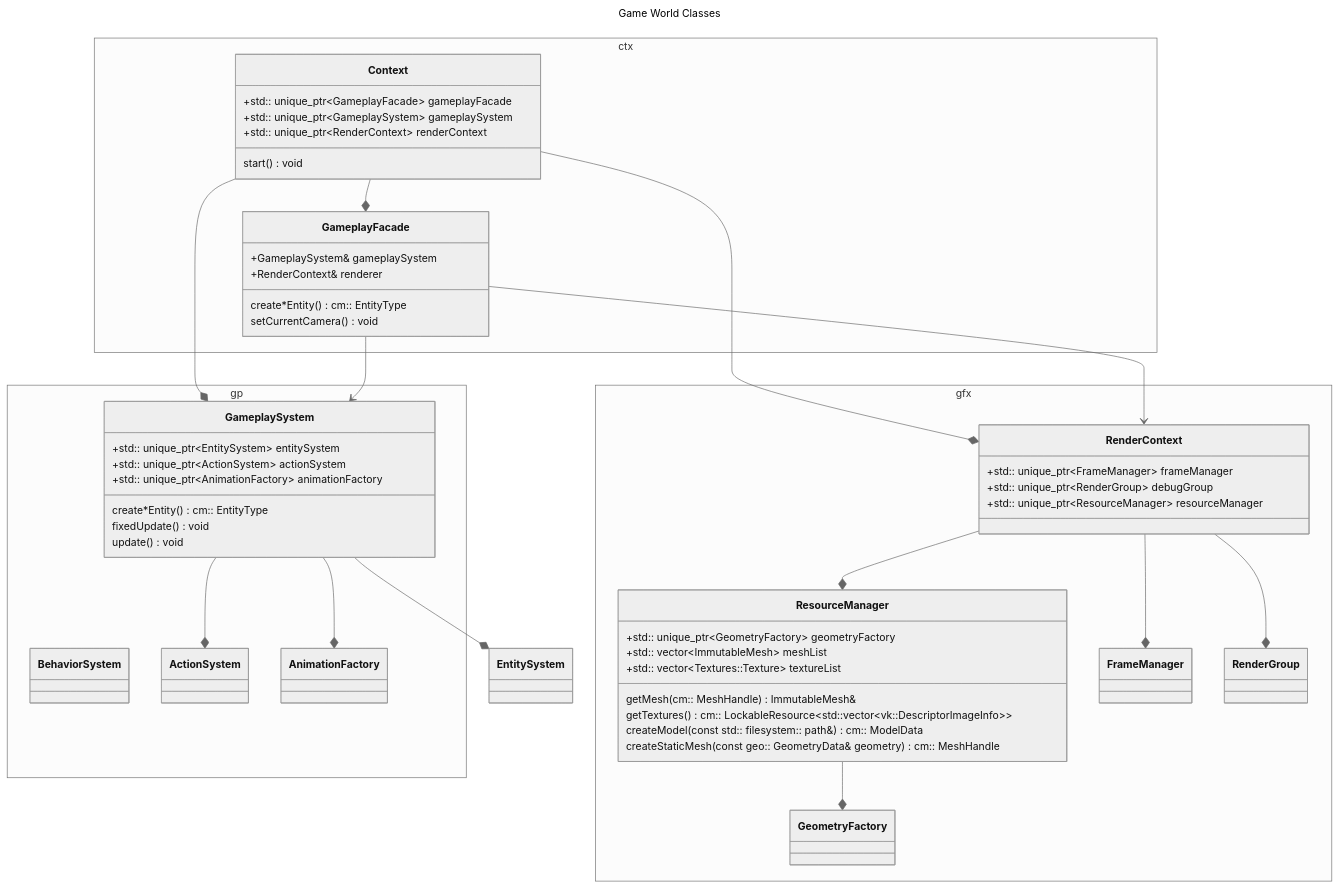
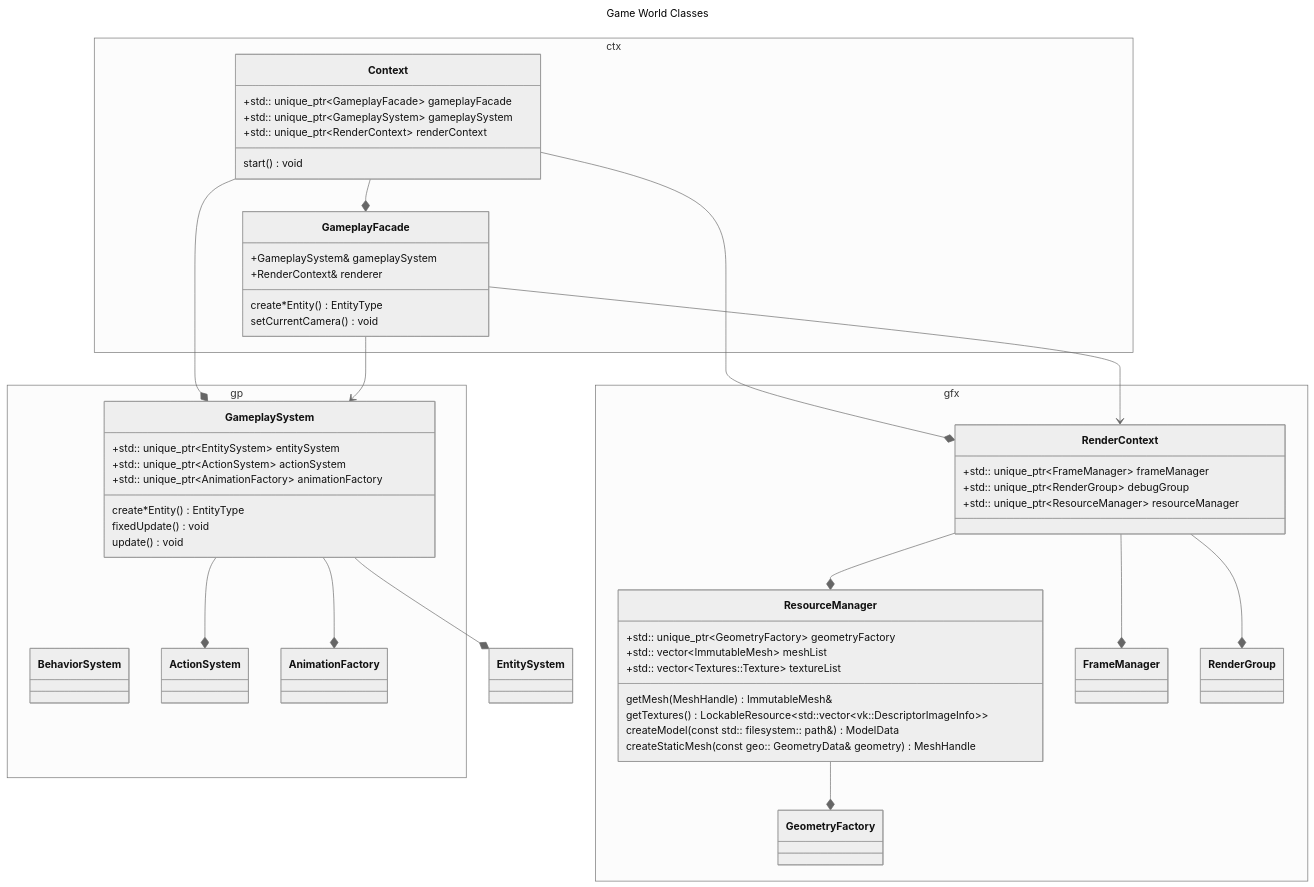
The first of 6 diagrams in design.md (matt328/triton), drawn with Mermaid (neutral theme) before and after one commit. The commit also changed 76 other files, not shown here.

````diff
--- a/design.md
+++ b/design.md
@@ -250,79 +250,79 @@
 ```mermaid
 ---
 title: Game World Classes
 ---
 classDiagram
     namespace ctx {
         class Context {
             +std:: unique_ptr~GameplayFacade~ gameplayFacade
             +std:: unique_ptr~GameplaySystem~ gameplaySystem
             +std:: unique_ptr~RenderContext~ renderContext
             start() void
         }
 
         class GameplayFacade {
             +GameplaySystem& gameplaySystem
             +RenderContext& renderer
-            create*Entity() cm:: EntityType
+            create*Entity()  EntityType
             setCurrentCamera() void
         }
     }
 
     namespace gp {
         class GameplaySystem {
             +std:: unique_ptr~EntitySystem~ entitySystem
             +std:: unique_ptr~ActionSystem~ actionSystem
             +std:: unique_ptr~AnimationFactory~ animationFactory
-            create*Entity() cm:: EntityType
+            create*Entity()  EntityType
             fixedUpdate() void
             update() void
         }
 
         class BehaviorSystem {
         }
 
         class ActionSystem {
         }
 
         class AnimationFactory {
         }
     }
     namespace gfx {
         class RenderContext {
             +std:: unique_ptr~FrameManager~ frameManager
             +std:: unique_ptr~RenderGroup~ debugGroup
             +std:: unique_ptr~ResourceManager~ resourceManager
         }
 
         class ResourceManager {
             +std:: unique_ptr~GeometryFactory~ geometryFactory
             +std:: vector~ImmutableMesh~ meshList
             +std:: vector~Textures::Texture~ textureList
-            getMesh(cm:: MeshHandle) ImmutableMesh&
-            getTextures() cm:: LockableResource~std::vector~vk::DescriptorImageInfo~~
-            createModel(const std:: filesystem:: path&) cm:: ModelData
-            createStaticMesh(const geo:: GeometryData& geometry) cm:: MeshHandle
+            getMesh( MeshHandle) ImmutableMesh&
+            getTextures()  LockableResource~std::vector~vk::DescriptorImageInfo~~
+            createModel(const std:: filesystem:: path&)  ModelData
+            createStaticMesh(const geo:: GeometryData& geometry)  MeshHandle
         }
 
         class FrameManager {
         }
 
         class GeometryFactory {
         }
 
         class RenderGroup {
         }
     }
     Context --* GameplayFacade
     Context --* GameplaySystem
     Context --* RenderContext
     GameplayFacade --> GameplaySystem
     GameplayFacade --> RenderContext
     GameplaySystem --* EntitySystem
     GameplaySystem --* ActionSystem
     GameplaySystem --* AnimationFactory
     RenderContext --* FrameManager
     RenderContext --* RenderGroup
     RenderContext --* ResourceManager
     ResourceManager --* GeometryFactory
 ```
````
